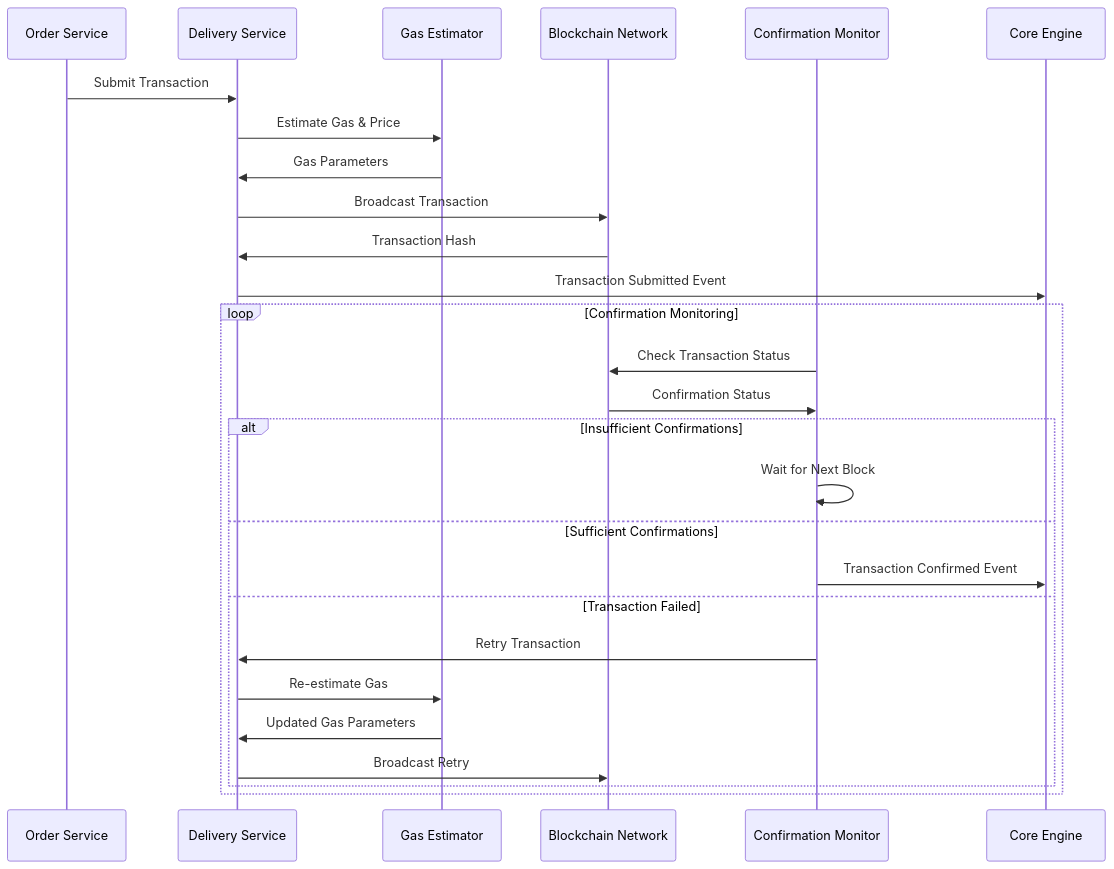
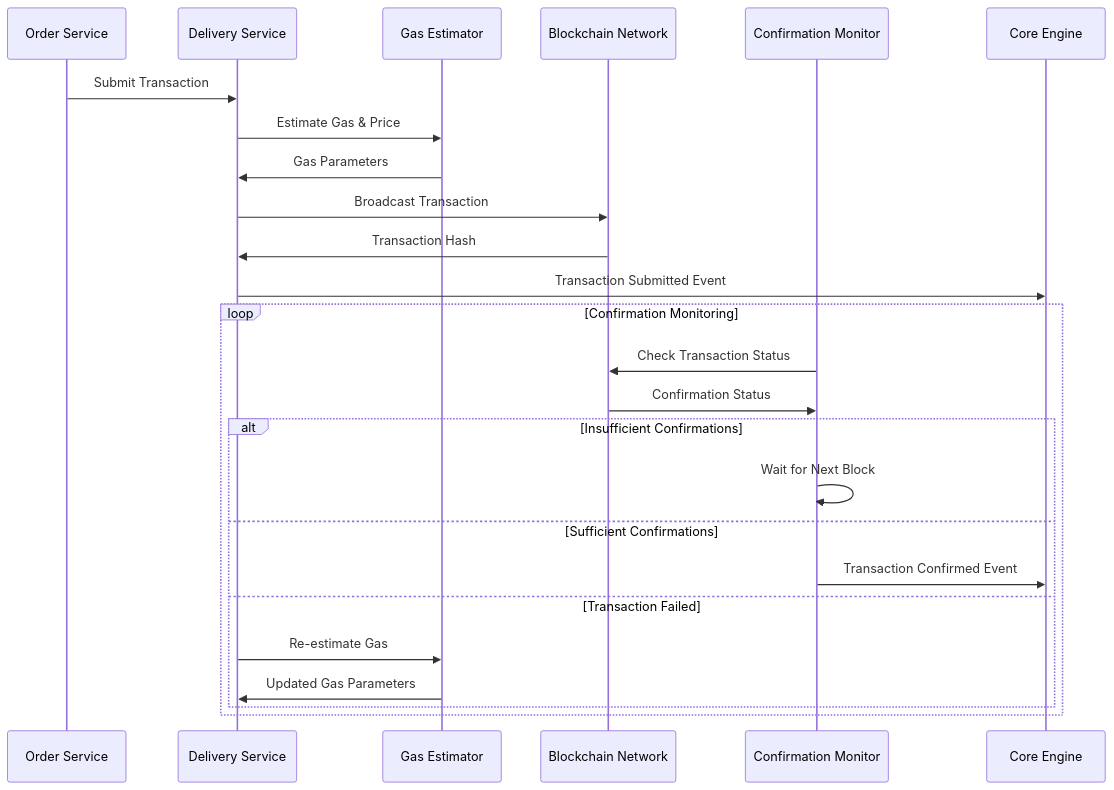
Before and after one commit to openintentsframework/oif-solver: the second of 2 diagrams in docs/developer/crates/solver-delivery.md, drawn with Mermaid. The commit also changed other lines of this file, not shown here.

Commit message:
docs: Remove retry references

````diff
--- a/docs/developer/crates/solver-delivery.md
+++ b/docs/developer/crates/solver-delivery.md
@@ -38,32 +37,30 @@
 ```mermaid
 sequenceDiagram
     participant Order as Order Service
     participant Delivery as Delivery Service
     participant GasEst as Gas Estimator
     participant Blockchain as Blockchain Network
     participant Monitor as Confirmation Monitor
     participant Core as Core Engine
 
     Order->>Delivery: Submit Transaction
     Delivery->>GasEst: Estimate Gas & Price
     GasEst->>Delivery: Gas Parameters
     Delivery->>Blockchain: Broadcast Transaction
     Blockchain->>Delivery: Transaction Hash
     Delivery->>Core: Transaction Submitted Event
 
     loop Confirmation Monitoring
         Monitor->>Blockchain: Check Transaction Status
         Blockchain->>Monitor: Confirmation Status
 
         alt Insufficient Confirmations
             Monitor->>Monitor: Wait for Next Block
         else Sufficient Confirmations
             Monitor->>Core: Transaction Confirmed Event
         else Transaction Failed
-            Monitor->>Delivery: Retry Transaction
             Delivery->>GasEst: Re-estimate Gas
             GasEst->>Delivery: Updated Gas Parameters
-            Delivery->>Blockchain: Broadcast Retry
         end
     end
 ```
````
